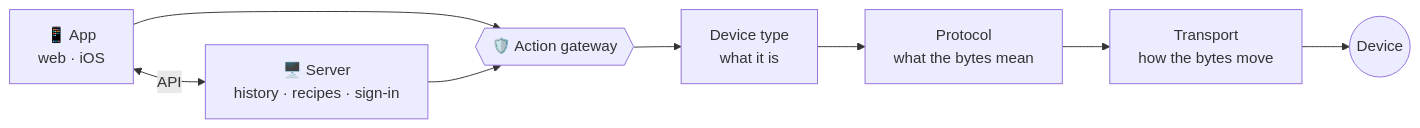
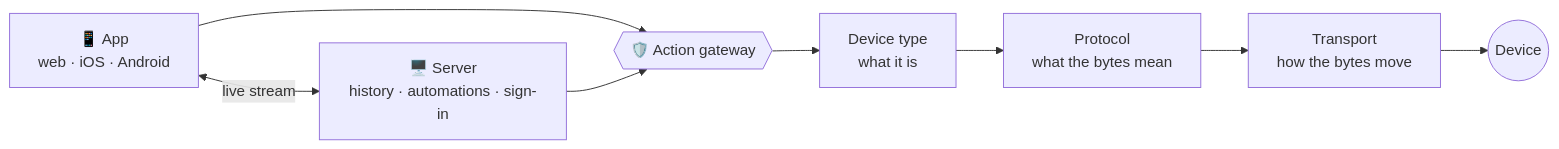
One commit to olofd/kraftverk changed the diagram in README.md. Above: the diagram before and after it, drawn with Mermaid. The commit also changed other lines of this file and 1 other file, not shown here.

````diff
--- a/README.md
+++ b/README.md
@@ -188,15 +204,15 @@
 ```mermaid
 flowchart LR
-  app["📱 App<br/>web · iOS"]
-  server["🖥️ Server<br/>history · recipes · sign-in"]
+  app["📱 App<br/>web · iOS · Android"]
+  server["🖥️ Server<br/>history · automations · sign-in"]
   gateway{{"🛡️ Action gateway"}}
   type["Device type<br/>what it is"]
   protocol["Protocol<br/>what the bytes mean"]
   transport["Transport<br/>how the bytes move"]
   device(("Device"))
 
-  app <-- API --> server
+  app <-- live stream --> server
   app --> gateway
   server --> gateway
   gateway --> type --> protocol --> transport --> device
 ```
````
